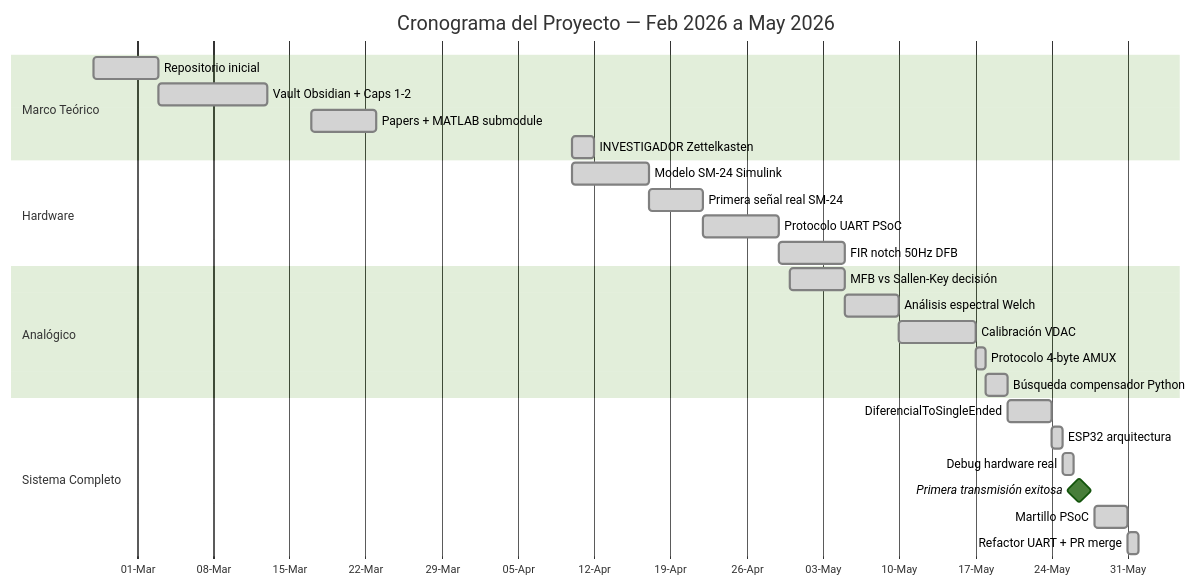
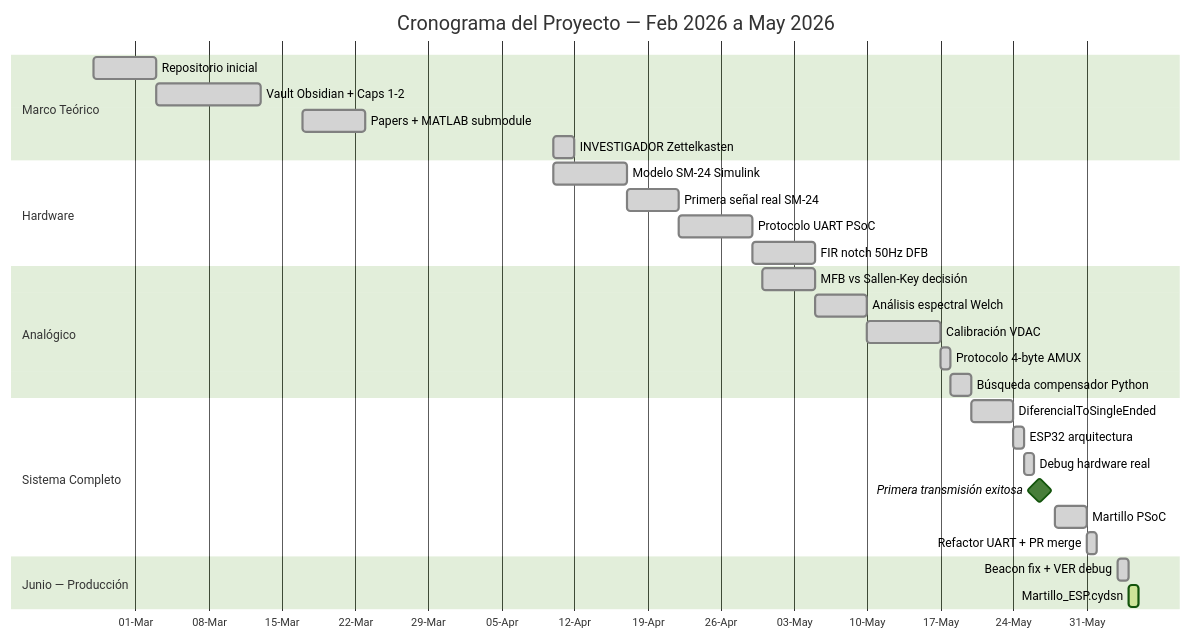
The sixth of 6 diagrams in Obsidian Vault/Notes/bitacora/ANALISIS_PROYECTO.md (simplementeUnPorito/Tesis), drawn with Mermaid (forest theme) before and after one commit. The commit also changed other lines of this file and 3 other files, not shown here.

Commit message:
bitacora: entradas 2026-06-03 y 2026-06-04 — beacon fix, VER store-and-forward, Martillo_ESP

````diff
--- a/Obsidian Vault/Notes/bitacora/ANALISIS_PROYECTO.md
+++ b/Obsidian Vault/Notes/bitacora/ANALISIS_PROYECTO.md
@@ -219,33 +227,37 @@
 ```mermaid
 gantt
     title Cronograma del Proyecto — Feb 2026 a May 2026
     dateFormat  YYYY-MM-DD
     axisFormat  %d-%b
     
     section Marco Teórico
     Repositorio inicial         :done, 2026-02-25, 2026-03-03
     Vault Obsidian + Caps 1-2   :done, 2026-03-03, 2026-03-13
     Papers + MATLAB submodule   :done, 2026-03-17, 2026-03-23
     INVESTIGADOR Zettelkasten   :done, 2026-04-10, 2026-04-12
     
     section Hardware
     Modelo SM-24 Simulink        :done, 2026-04-10, 2026-04-17
     Primera señal real SM-24     :done, 2026-04-17, 2026-04-22
     Protocolo UART PSoC          :done, 2026-04-22, 2026-04-29
     FIR notch 50Hz DFB           :done, 2026-04-29, 2026-05-05
     
     section Analógico
     MFB vs Sallen-Key decisión   :done, 2026-04-30, 2026-05-05
     Análisis espectral Welch     :done, 2026-05-05, 2026-05-10
     Calibración VDAC             :done, 2026-05-10, 2026-05-17
     Protocolo 4-byte AMUX        :done, 2026-05-17, 2026-05-18
     Búsqueda compensador Python  :done, 2026-05-18, 2026-05-20
     
     section Sistema Completo
     DiferencialToSingleEnded     :done, 2026-05-20, 2026-05-24
     ESP32 arquitectura            :done, 2026-05-24, 2026-05-25
     Debug hardware real           :done, 2026-05-25, 2026-05-26
     Primera transmisión exitosa   :milestone, 2026-05-26, 1d
     Martillo PSoC               :done, 2026-05-28, 2026-05-31
     Refactor UART + PR merge      :done, 2026-05-31, 2026-06-01
+    
+    section Junio — Producción
+    Beacon fix + VER debug        :done, 2026-06-03, 2026-06-04
+    Martillo_ESP.cydsn             :active, 2026-06-04, 2026-06-05
 ```
````
